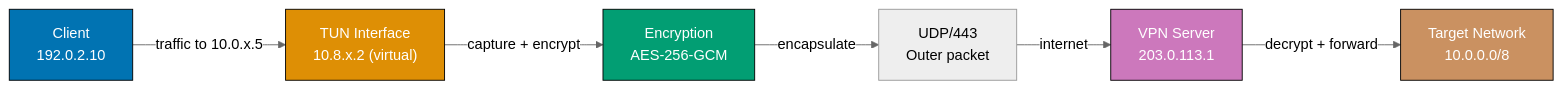
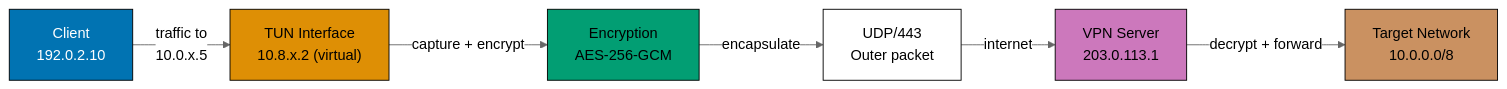
One commit to wahidyankf/ose-public changed the fifth of 12 diagrams in apps/ayokoding-www/content/en/learn/legacy/software-engineering/networking/by-example/advanced.md. Above: the diagram before and after it, drawn with Mermaid (neutral theme). The commit also changed other lines of this file and 78 other files, not shown here.

First line of the commit message:
fix(mermaid): bring the remaining legacy software-engineering diagrams onto the accessible palette

````diff
--- a/apps/ayokoding-www/content/en/learn/legacy/software-engineering/networking/by-example/advanced.md
+++ b/apps/ayokoding-www/content/en/learn/legacy/software-engineering/networking/by-example/advanced.md
@@ -850,22 +881,30 @@
 ```mermaid
 %% Color Palette: Blue #0173B2, Orange #DE8F05, Teal #029E73, Purple #CC78BC, Brown #CA9161
 graph LR
+    accTitle: Example 65: VPN — Tunnel and Encryption Overview
+    accDescr: Graph with 6 nodes and 5 connections. Nodes: Client 192.0.2.10, TUN Interface 10.8.x.2 (virtual), Encryption AES-256-GCM, UDP/443 Outer packet, VPN Server 203.0.113.1, Target Network 10.0.0.0/8. Connections: Client 192.0.2.10 to TUN Interface 10.8.x.2 (virtual) (traffic to 10.0.x.5), TUN Interface 10.8.x.2 (virtual) to Encryption AES-256-GCM (capture + encrypt), Encryption AES-256-GCM to UDP/443 Outer packet (encapsulate), UDP/443 Outer packet to VPN Server 203.0.113.1 (internet), VPN Server 203.0.113.1 to Target Network 10.0.0.0/8 (decrypt + forward).
     C["Client<br/>192.0.2.10"]
     TUN["TUN Interface<br/>10.8.x.2 (virtual)"]
     ENC["Encryption<br/>AES-256-GCM"]
     UDP["UDP/443<br/>Outer packet"]
     VPN["VPN Server<br/>203.0.113.1"]
     NET["Target Network<br/>10.0.0.0/8"]
 
-    C -->|"traffic to 10.0.x.5"| TUN
+    C -->|"traffic to<br/>10.0.x.5"| TUN
     TUN -->|"capture + encrypt"| ENC
     ENC -->|"encapsulate"| UDP
     UDP -->|"internet"| VPN
     VPN -->|"decrypt + forward"| NET
 
-    style C fill:#0173B2,stroke:#000,color:#fff
-    style TUN fill:#DE8F05,stroke:#000,color:#fff
-    style ENC fill:#029E73,stroke:#000,color:#fff
-    style VPN fill:#CC78BC,stroke:#000,color:#fff
-    style NET fill:#CA9161,stroke:#000,color:#fff
+    classDef pal-0173B2 fill:#0173B2,stroke:#000000,color:#FFFFFF
+    class C pal-0173B2
+    classDef pal-DE8F05 fill:#DE8F05,stroke:#000000,color:#000000
+    class TUN pal-DE8F05
+    classDef pal-029E73 fill:#029E73,stroke:#000000,color:#000000
+    class ENC pal-029E73
+    classDef pal-CC78BC fill:#CC78BC,stroke:#000000,color:#000000
+    class VPN pal-CC78BC
+    classDef pal-CA9161 fill:#CA9161,stroke:#000000,color:#000000
+    class NET pal-CA9161
+    classDef default fill:#FFFFFF,stroke:#000000,color:#000000
 ```
````
